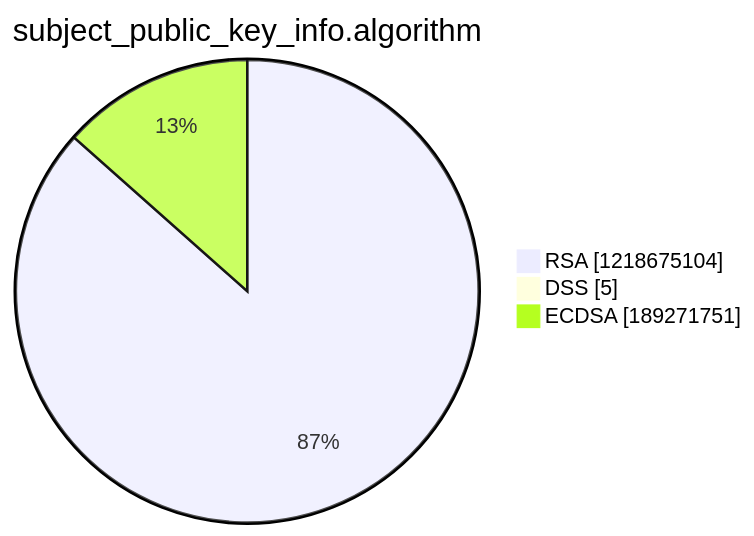
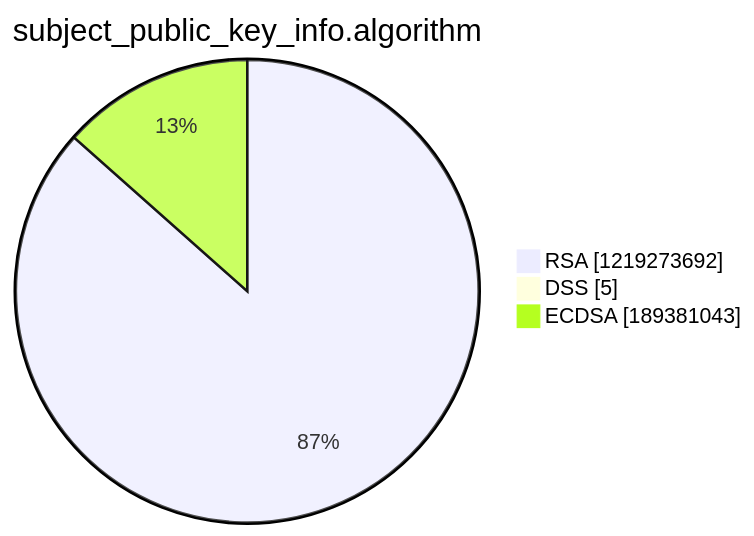
The third of 15 diagrams in argon2022/README.md (christiankrug/ctmonitor_visualization), drawn with Mermaid before and after one commit. The commit also changed other lines of this file, not shown here.

````diff
--- a/argon2022/README.md
+++ b/argon2022/README.md
@@ -14,7 +14,7 @@
 ```mermaid
 pie showData
 title subject_public_key_info.algorithm
-"RSA" :1218675104
+"RSA" :1219273692
 "DSS" :5
-"ECDSA" :189271751
+"ECDSA" :189381043
 ```
````
